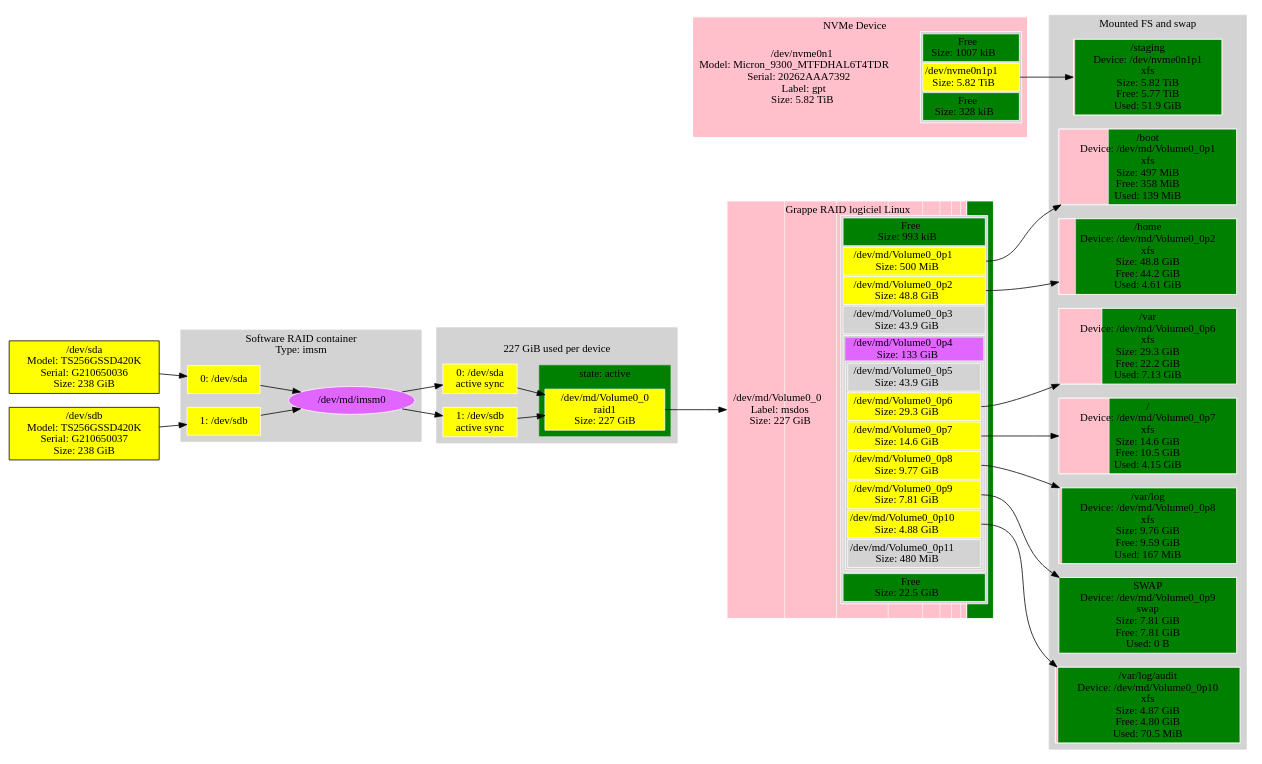
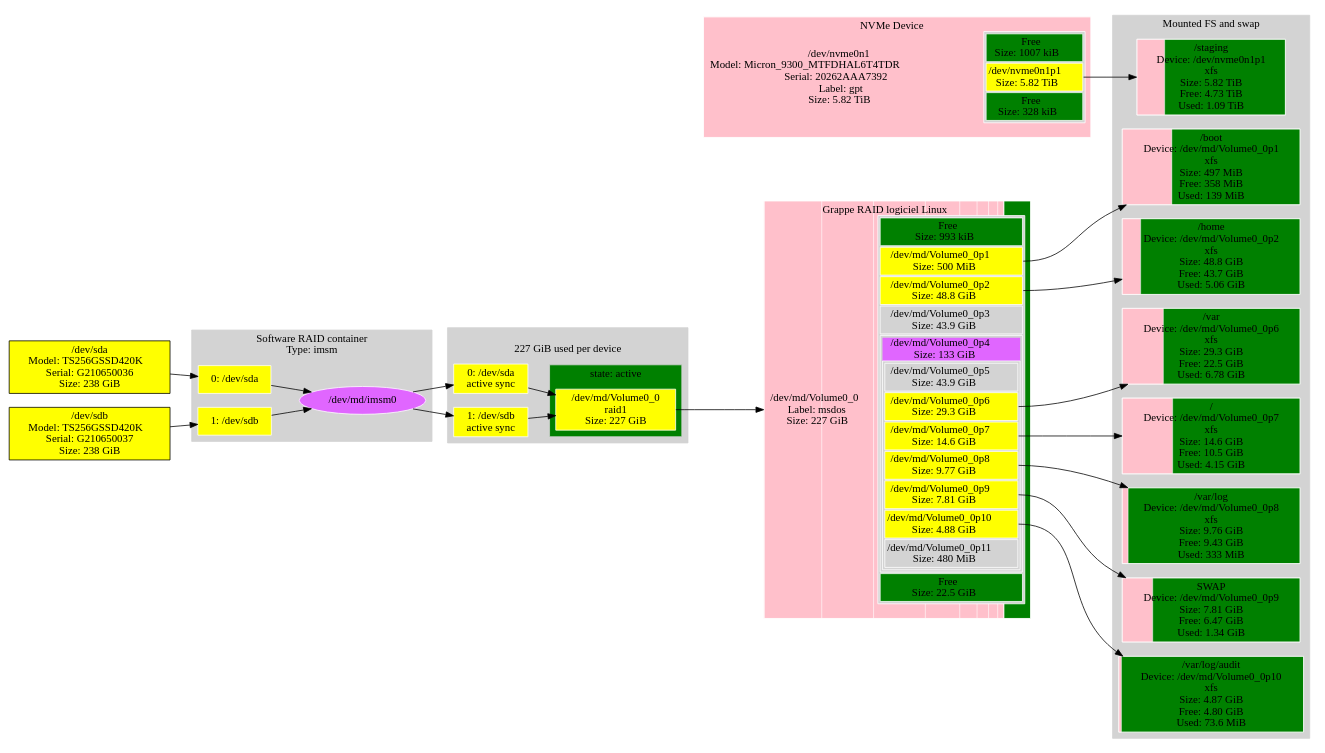
The diagram in distros/S/StorageDisplay/data/di138099su.ref.dot (metacpan/metacpan-cpan-extracted), drawn with Graphviz before and after one commit. The commit also changed 6197 other files, not shown here.

```diff
--- a/distros/S/StorageDisplay/data/di138099su.ref.dot
+++ b/distros/S/StorageDisplay/data/di138099su.ref.dot
@@ -88,7 +88,7 @@
 	]; }
 	{ "@Part: nvme0n1" [
 		label=<<TABLE BORDER="0" CELLPADDING="0" CELLSPACING="0">
-				<TR> <TD COLSPAN="2">NVMe Device</TD> </TR><TR><TD >/dev/nvme0n1<BR/>Model: Micron_9300_MTFDHAL6T4TDR<BR/>Serial: 20262AAA7392<BR/>Label: gpt<BR/>Size: 5.82 TiB</TD>    <TD BGCOLOR="lightgrey">
+				<TR> <TD COLSPAN="2">NVMe Device</TD> </TR><TR><TD >/dev/nvme0n1<BR/>Model: Micron_9300_MTFDHAL6T4TDR               <BR/>Serial: 20262AAA7392<BR/>Label: gpt<BR/>Size: 5.82 TiB</TD>    <TD BGCOLOR="lightgrey">
 				<TABLE >
 					<TR>
 						<TD bgcolor="green">
@@ -170,32 +170,32 @@
 			style=striped;fillcolor="pink;0.279154.2:green"
 		]; }
 		{ "@FS@/var/log/audit" [
-			label="/var/log/audit\nDevice: /dev/md/Volume0_0p10\nxfs\nSize: 4.87 GiB\nFree: 4.80 GiB\nUsed: 70.5 MiB";
-			style=striped;fillcolor="pink;0.014138.2:green"
+			label="/var/log/audit\nDevice: /dev/md/Volume0_0p10\nxfs\nSize: 4.87 GiB\nFree: 4.80 GiB\nUsed: 73.6 MiB";
+			style=striped;fillcolor="pink;0.014751.2:green"
 		]; }
 		{ "@FS@/home" [
-			label="/home\nDevice: /dev/md/Volume0_0p2\nxfs\nSize: 48.8 GiB\nFree: 44.2 GiB\nUsed: 4.61 GiB";
-			style=striped;fillcolor="pink;0.094515.2:green"
+			label="/home\nDevice: /dev/md/Volume0_0p2\nxfs\nSize: 48.8 GiB\nFree: 43.7 GiB\nUsed: 5.06 GiB";
+			style=striped;fillcolor="pink;0.103745.2:green"
 		]; }
 		{ "@FS@/var" [
-			label="/var\nDevice: /dev/md/Volume0_0p6\nxfs\nSize: 29.3 GiB\nFree: 22.2 GiB\nUsed: 7.13 GiB";
-			style=striped;fillcolor="pink;0.243452.2:green"
+			label="/var\nDevice: /dev/md/Volume0_0p6\nxfs\nSize: 29.3 GiB\nFree: 22.5 GiB\nUsed: 6.78 GiB";
+			style=striped;fillcolor="pink;0.231542.2:green"
 		]; }
 		{ "@FS@/" [
 			label="/\nDevice: /dev/md/Volume0_0p7\nxfs\nSize: 14.6 GiB\nFree: 10.5 GiB\nUsed: 4.15 GiB";
-			style=striped;fillcolor="pink;0.283564.2:green"
+			style=striped;fillcolor="pink;0.283651.2:green"
 		]; }
 		{ "@FS@/var/log" [
-			label="/var/log\nDevice: /dev/md/Volume0_0p8\nxfs\nSize: 9.76 GiB\nFree: 9.59 GiB\nUsed: 167 MiB";
-			style=striped;fillcolor="pink;0.016740.2:green"
-		]; }
-		{ "@FS@SWAP" [
-			label="SWAP\nDevice: /dev/md/Volume0_0p9\nswap\nSize: 7.81 GiB\nFree: 7.81 GiB\nUsed: 0 B";
-			style=striped;fillcolor="green"
+			label="/var/log\nDevice: /dev/md/Volume0_0p8\nxfs\nSize: 9.76 GiB\nFree: 9.43 GiB\nUsed: 333 MiB";
+			style=striped;fillcolor="pink;0.033353.2:green"
 		]; }
 		{ "@FS@/staging" [
-			label="/staging\nDevice: /dev/nvme0n1p1\nxfs\nSize: 5.82 TiB\nFree: 5.77 TiB\nUsed: 51.9 GiB";
-			style=striped;fillcolor="pink;0.008710.2:green"
+			label="/staging\nDevice: /dev/nvme0n1p1\nxfs\nSize: 5.82 TiB\nFree: 4.73 TiB\nUsed: 1.09 TiB";
+			style=striped;fillcolor="pink;0.187132.2:green"
+		]; }
+		{ "@FS@SWAP@md126p9" [
+			label="SWAP\nDevice: /dev/md/Volume0_0p9\nSize: 7.81 GiB\nFree: 6.47 GiB\nUsed: 1.34 GiB";
+			style=striped;fillcolor="pink;0.171594.2:green"
 		]; }
 		label="Mounted FS and swap";
 	}
@@ -207,13 +207,13 @@
 		label="Libvirt Virtual Machines";
 	}
 	{ "sda" [
-		label="/dev/sda\nModel: TS256GSSD420K\nSerial: G210650036\nSize: 238 GiB";
+		label="/dev/sda\nModel: TS256GSSD420K   \nSerial: G210650036\nSize: 238 GiB";
 		fillcolor="yellow"
 		style=filled
 		shape=rectangle
 	]; }
 	{ "sdb" [
-		label="/dev/sdb\nModel: TS256GSSD420K\nSerial: G210650037\nSize: 238 GiB";
+		label="/dev/sdb\nModel: TS256GSSD420K   \nSerial: G210650037\nSize: 238 GiB";
 		fillcolor="yellow"
 		style=filled
 		shape=rectangle
@@ -246,8 +246,8 @@
 	"@Part: md126":"7" -> "@FS@/"
 	// Links for @FS@/var/log
 	"@Part: md126":"8" -> "@FS@/var/log"
-	// Links for @FS@SWAP
-	"@Part: md126":"9" -> "@FS@SWAP"
 	// Links for @FS@/staging
 	"@Part: nvme0n1":"1" -> "@FS@/staging"
+	// Links for @FS@SWAP@md126p9
+	"@Part: md126":"9" -> "@FS@SWAP@md126p9"
 }
```
